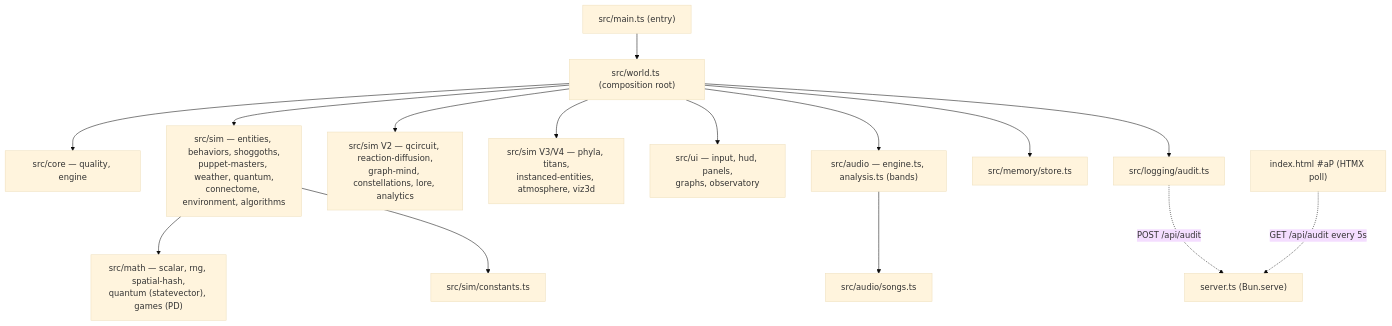
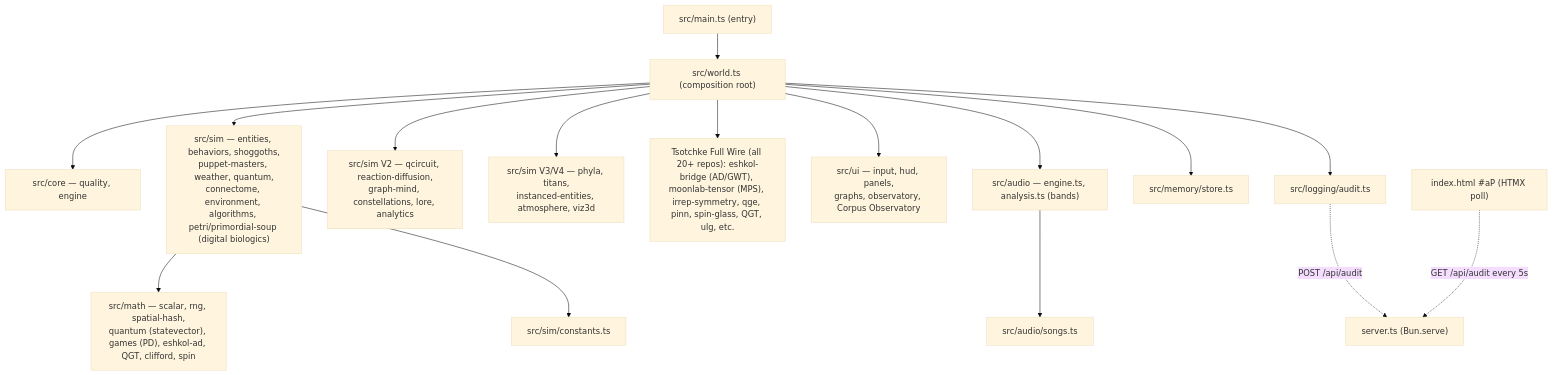
The diagram in README.md (0thernes/cosmogonic-quantum-mechalogodrom), drawn with Mermaid (base theme) before and after one commit. The commit also changed other lines of this file and 7 other files, not shown here.

````diff
--- a/README.md
+++ b/README.md
@@ -443,17 +460,18 @@
 ```mermaid
 graph TD
   main["src/main.ts (entry)"] --> world["src/world.ts (composition root)"]
   world --> core["src/core — quality, engine"]
-  world --> sim["src/sim — entities, behaviors, shoggoths,\npuppet-masters, weather, quantum,\nconnectome, environment, algorithms"]
+  world --> sim["src/sim — entities, behaviors, shoggoths,\npuppet-masters, weather, quantum,\nconnectome, environment, algorithms, petri/primordial-soup (digital biologics)"]
   world --> v2["src/sim V2 — qcircuit, reaction-diffusion,\ngraph-mind, constellations, lore, analytics"]
   world --> v34["src/sim V3/V4 — phyla, titans,\ninstanced-entities, atmosphere, viz3d"]
-  world --> ui["src/ui — input, hud, panels,\ngraphs, observatory"]
+  world --> tsotchke["Tsotchke Full Wire (all 20+ repos): eshkol-bridge (AD/GWT), moonlab-tensor (MPS), irrep-symmetry, qge, pinn, spin-glass, QGT, ulg, etc."]
+  world --> ui["src/ui — input, hud, panels,\ngraphs, observatory, Corpus Observatory"]
   world --> audio["src/audio — engine.ts, analysis.ts (bands)"]
   world --> mem["src/memory/store.ts"]
   world --> audit["src/logging/audit.ts"]
-  sim --> math["src/math — scalar, rng, spatial-hash,\nquantum (statevector), games (PD)"]
+  sim --> math["src/math — scalar, rng, spatial-hash,\nquantum (statevector), games (PD), eshkol-ad, QGT, clifford, spin"]
   sim --> constants["src/sim/constants.ts"]
   audio --> songs["src/audio/songs.ts"]
   audit -. "POST /api/audit" .-> server["server.ts (Bun.serve)"]
   htmx["index.html #aP (HTMX poll)"] -. "GET /api/audit every 5s" .-> server
 ```
````
